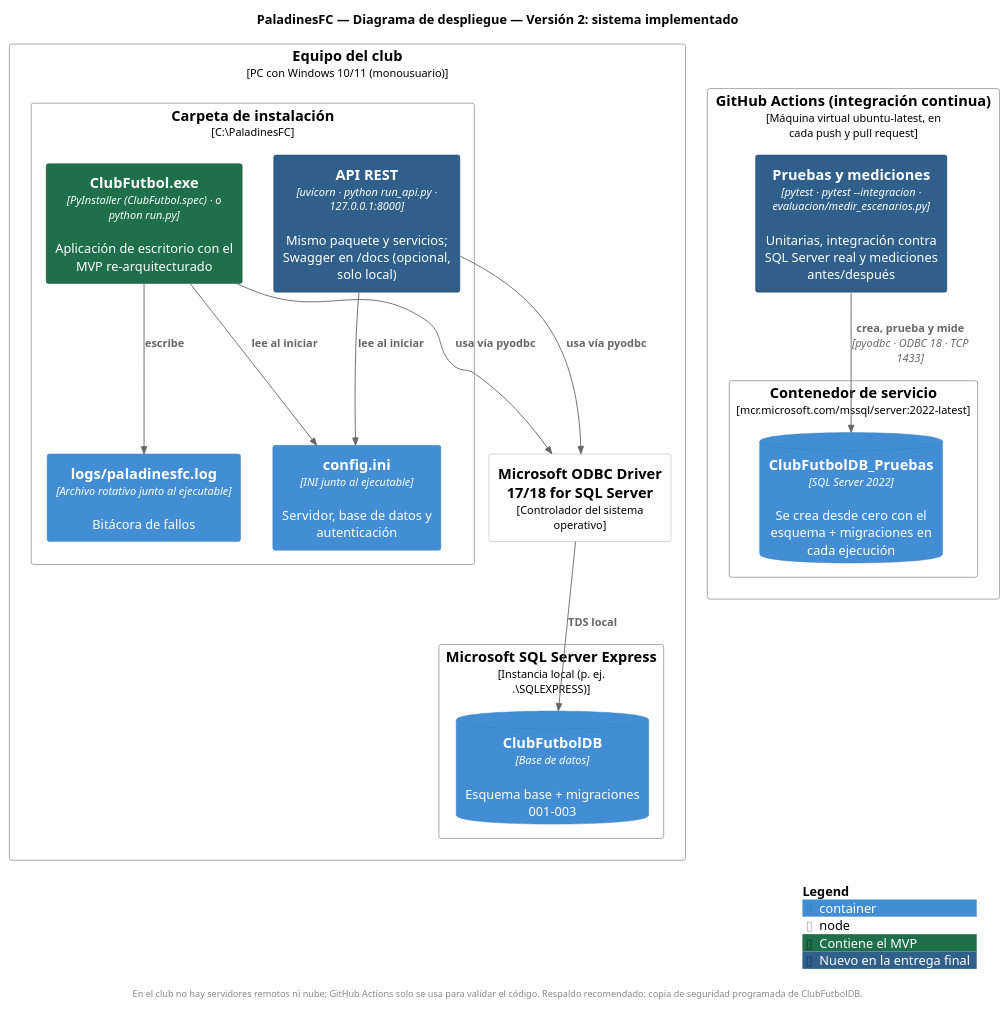
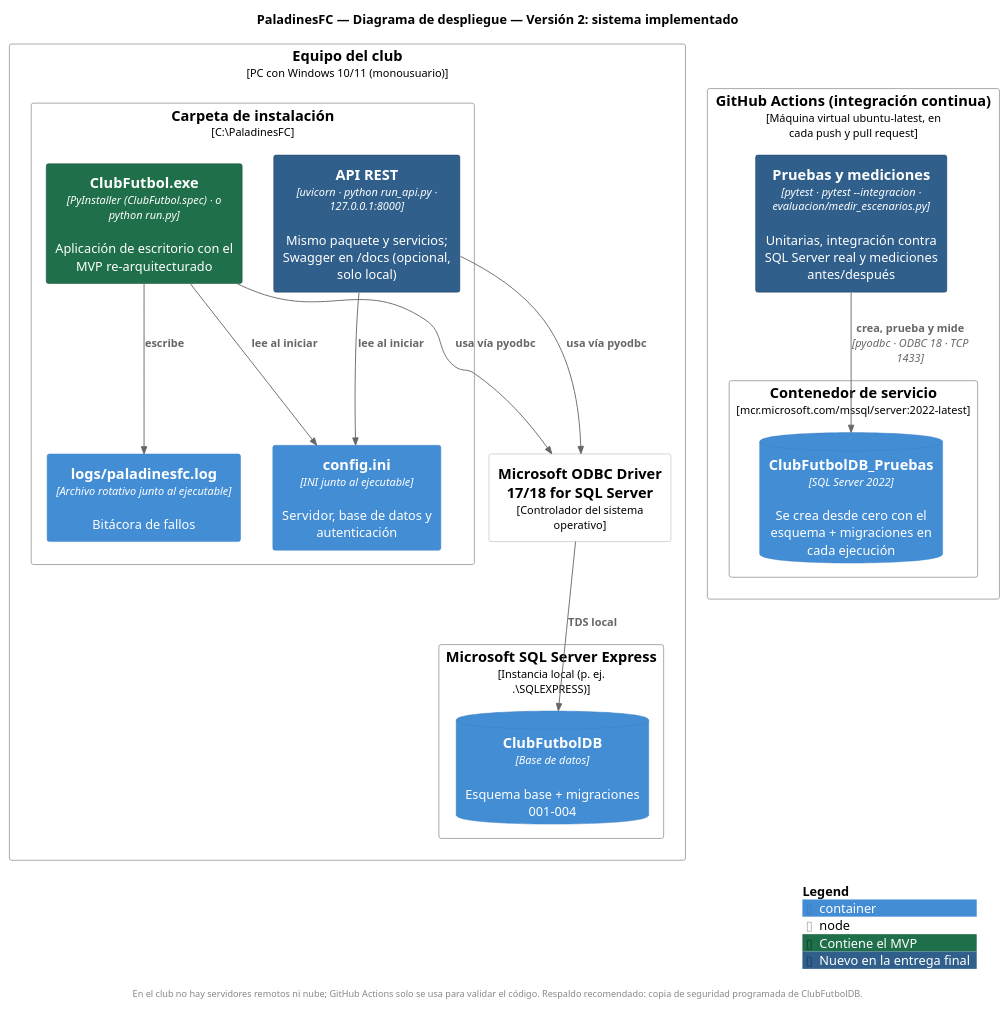
The diagram in docs/diagramas/fuentes/despliegue.puml (MarianaA27/ClubDeFutbol__), drawn with PlantUML before and after one commit. The commit also changed 11 other files, not shown here.

Commit message:
docs: diagramas, README y arquitectura con las migraciones 001-004 y el conteo real de pruebas

```diff
--- a/docs/diagramas/fuentes/despliegue.puml
+++ b/docs/diagramas/fuentes/despliegue.puml
@@ -1,41 +1,41 @@
 @startuml despliegue
 !include <C4/C4_Deployment>
 ' PaladinesFC — Diagrama de despliegue (versión 2: cómo quedó el sistema)
 
 LAYOUT_TOP_DOWN()
 AddElementTag("mvp", $bgColor="#1f6f4a", $borderColor="#0f3d28", $fontColor="#ffffff", $legendText="Contiene el MVP")
 AddElementTag("nuevo", $bgColor="#2f5f8a", $borderColor="#1b3a57", $fontColor="#ffffff", $legendText="Nuevo en la entrega final")
 
 title PaladinesFC — Diagrama de despliegue — Versión 2: sistema implementado
 
 Deployment_Node(pc, "Equipo del club", "PC con Windows 10/11 (monousuario)") {
     Deployment_Node(carpeta, "Carpeta de instalación", "C:\\PaladinesFC") {
         Container(exe, "ClubFutbol.exe", "PyInstaller (ClubFutbol.spec) · o python run.py", "Aplicación de escritorio con el MVP re-arquitecturado", $tags="mvp")
         Container(api, "API REST", "uvicorn · python run_api.py · 127.0.0.1:8000", "Mismo paquete y servicios; Swagger en /docs (opcional, solo local)", $tags="nuevo")
         Container(cfg, "config.ini", "INI junto al ejecutable", "Servidor, base de datos y autenticación")
         Container(log, "logs/paladinesfc.log", "Archivo rotativo junto al ejecutable", "Bitácora de fallos")
     }
     Deployment_Node(odbc, "Microsoft ODBC Driver 17/18 for SQL Server", "Controlador del sistema operativo")
     Deployment_Node(sql, "Microsoft SQL Server Express", "Instancia local (p. ej. .\\SQLEXPRESS)") {
-        ContainerDb(bd, "ClubFutbolDB", "Base de datos", "Esquema base + migraciones 001–003")
+        ContainerDb(bd, "ClubFutbolDB", "Base de datos", "Esquema base + migraciones 001–004")
     }
 }
 
 Deployment_Node(gh, "GitHub Actions (integración continua)", "Máquina virtual ubuntu-latest, en cada push y pull request") {
     Container(ci, "Pruebas y mediciones", "pytest · pytest --integracion · evaluacion/medir_escenarios.py", "Unitarias, integración contra SQL Server real y mediciones antes/después", $tags="nuevo")
     Deployment_Node(docker, "Contenedor de servicio", "mcr.microsoft.com/mssql/server:2022-latest") {
         ContainerDb(bdci, "ClubFutbolDB_Pruebas", "SQL Server 2022", "Se crea desde cero con el esquema + migraciones en cada ejecución")
     }
 }
 
 Rel(exe, cfg, "lee al iniciar")
 Rel(api, cfg, "lee al iniciar")
 Rel(exe, log, "escribe")
 Rel_R(exe, odbc, "usa vía pyodbc")
 Rel(api, odbc, "usa vía pyodbc")
 Rel(odbc, bd, "TDS local")
 Rel(ci, bdci, "crea, prueba y mide", "pyodbc · ODBC 18 · TCP 1433")
 
 SHOW_LEGEND()
 footer En el club no hay servidores remotos ni nube; GitHub Actions solo se usa para validar el código. Respaldo recomendado: copia de seguridad programada de ClubFutbolDB.
 @enduml
```
